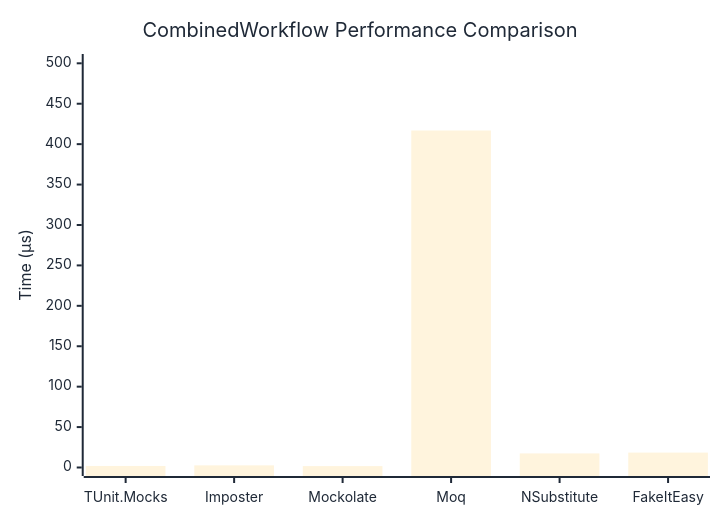
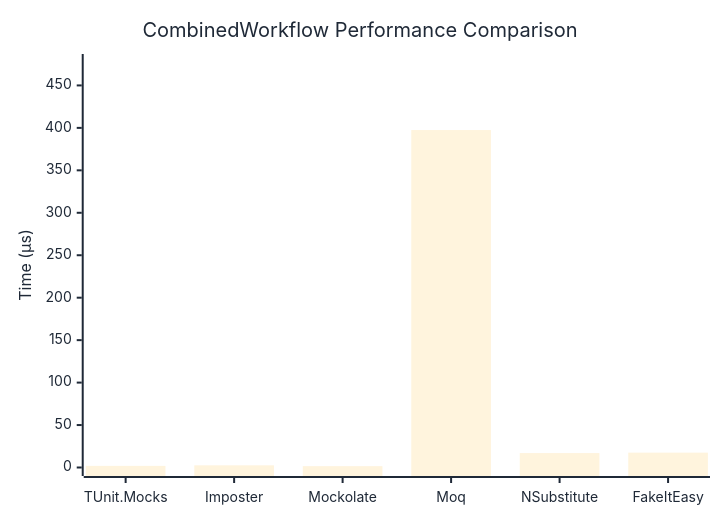
The diagram in docs/docs/benchmarks/mocks/CombinedWorkflow.md (thomhurst/TUnit), drawn with Mermaid before and after one commit. The commit also changed other lines of this file and 14 other files, not shown here.

````diff
--- a/docs/docs/benchmarks/mocks/CombinedWorkflow.md
+++ b/docs/docs/benchmarks/mocks/CombinedWorkflow.md
@@ -30,27 +30,27 @@
 ```mermaid
 %%{init: {
   'theme':'base',
   'themeVariables': {
     'primaryColor': '#2563eb',
     'primaryTextColor': '#1f2937',
     'primaryBorderColor': '#1e40af',
     'lineColor': '#6b7280',
     'secondaryColor': '#7c3aed',
     'tertiaryColor': '#dc2626',
     'background': '#ffffff',
     'pie1': '#2563eb',
     'pie2': '#7c3aed',
     'pie3': '#dc2626',
     'pie4': '#f59e0b',
     'pie5': '#10b981',
     'pie6': '#06b6d4',
     'pie7': '#ec4899',
     'pie8': '#6366f1'
   }
 }}%%
 xychart-beta
   title "CombinedWorkflow Performance Comparison"
   x-axis ["TUnit.Mocks", "Imposter", "Mockolate", "Moq", "NSubstitute", "FakeItEasy"]
-  y-axis "Time (μs)" 0 --> 501
-  bar [1.908, 2.646, 1.745, 416.873, 17.427, 18.438]
+  y-axis "Time (μs)" 0 --> 477
+  bar [1.901, 2.563, 1.577, 397.459, 16.983, 17.501]
 ```
````
